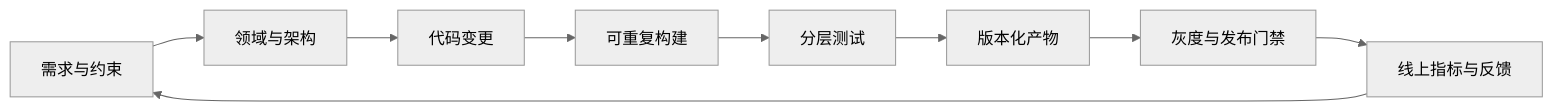
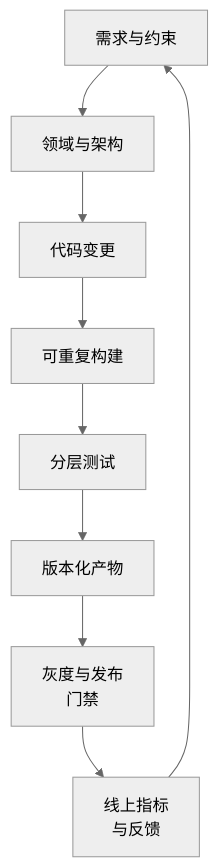
Before and after one commit to hub138/technical-knowledge: the first of 3 diagrams in vault/工程知识/软件构建：让变化可以理解、验证与交付/软件构建：让变化可以理解、验证与交付.md, drawn with Mermaid (neutral theme). The commit also changed other lines of this file and 622 other files, not shown here.

````diff
--- a/vault/工程知识/软件构建：让变化可以理解、验证与交付/软件构建：让变化可以理解、验证与交付.md
+++ b/vault/工程知识/软件构建：让变化可以理解、验证与交付/软件构建：让变化可以理解、验证与交付.md
@@ -23,11 +32,11 @@
-~~~mermaid
-flowchart LR
-    R[需求与约束] --> D[领域与架构]
-    D --> C[代码变更]
-    C --> B[可重复构建]
-    B --> T[分层测试]
-    T --> P[版本化产物]
-    P --> G[灰度与发布门禁]
-    G --> O[线上指标与反馈]
+```mermaid
+flowchart TD
+    R["需求与约束"] --> D["领域与架构"]
+    D --> C["代码变更"]
+    C --> B["可重复构建"]
+    B --> T["分层测试"]
+    T --> P["版本化产物"]
+    P --> G["灰度与发布<br/>门禁"]
+    G --> O["线上指标<br/>与反馈"]
     O --> R
-~~~
+```
````
